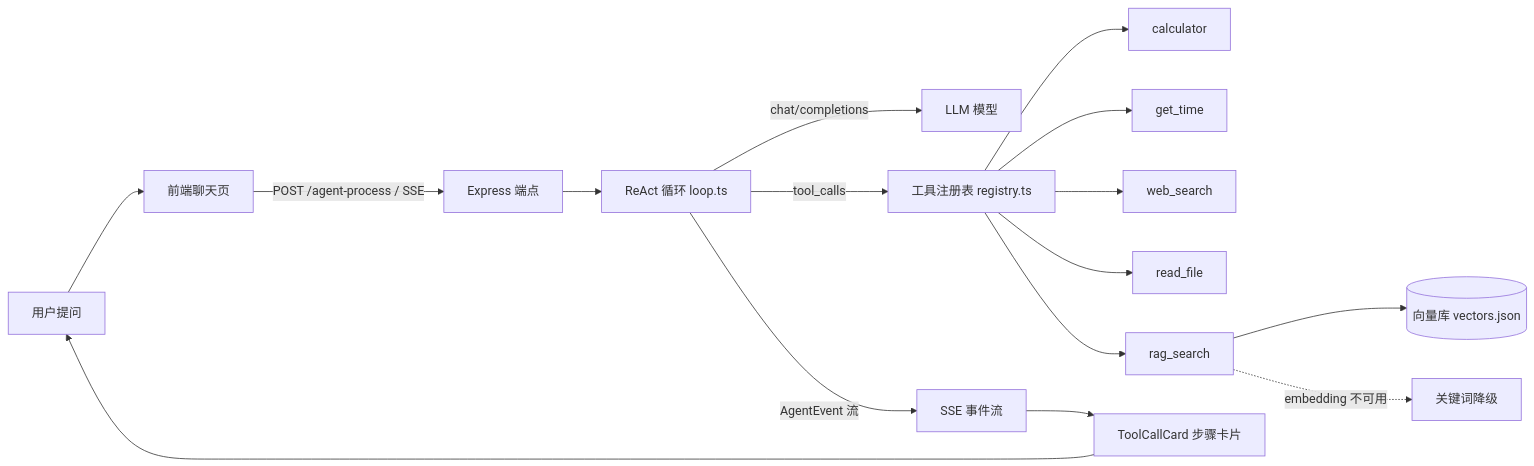
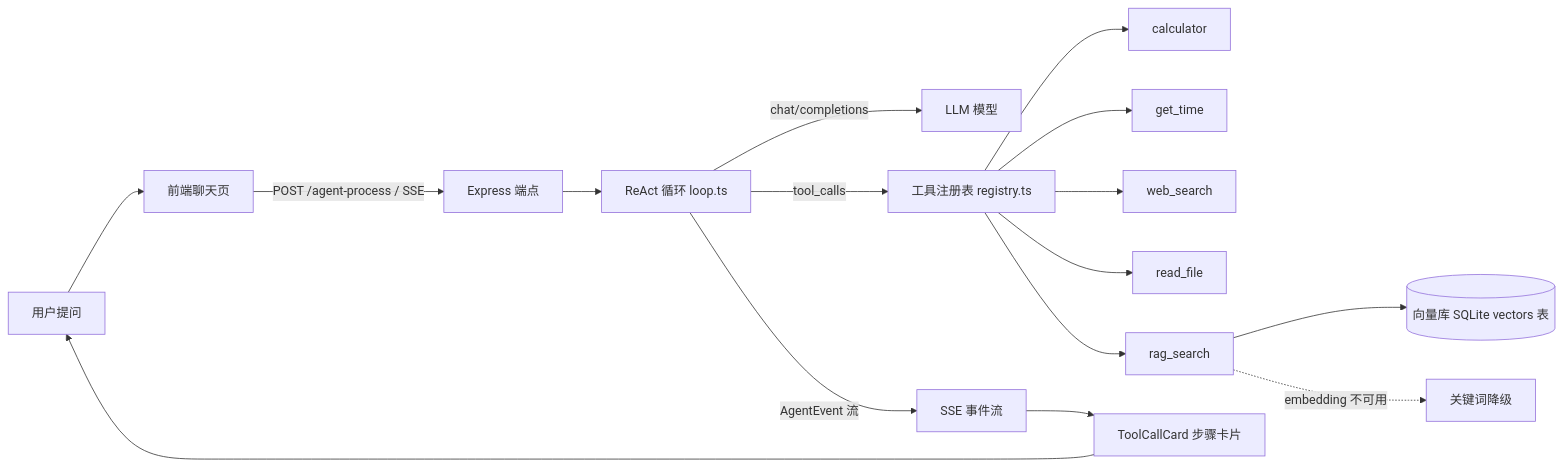
One commit to Second123666/Pulse-agent-console changed the diagram in README.md. Above: the diagram before and after it, drawn with Mermaid. The commit also changed other lines of this file and 9 other files, not shown here.

````diff
--- a/README.md
+++ b/README.md
@@ -33,18 +34,18 @@
 ```mermaid
 flowchart LR
     U[用户提问] --> FE[前端聊天页]
     FE -->|POST /agent-process / SSE| EP[Express 端点]
     EP --> LOOP[ReAct 循环 loop.ts]
     LOOP -->|chat/completions| LLM[LLM 模型]
     LOOP -->|tool_calls| REG[工具注册表 registry.ts]
     REG --> CAL[calculator]
     REG --> TIME[get_time]
     REG --> WEB[web_search]
     REG --> FILE[read_file]
     REG --> RAG[rag_search]
-    RAG --> VEC[(向量库 vectors.json)]
+    RAG --> VEC[(向量库 SQLite vectors 表)]
     RAG -.embedding 不可用.-> KW[关键词降级]
     LOOP -->|AgentEvent 流| SSE2[SSE 事件流]
     SSE2 --> CARD[ToolCallCard 步骤卡片]
     CARD --> U
 ```
````
